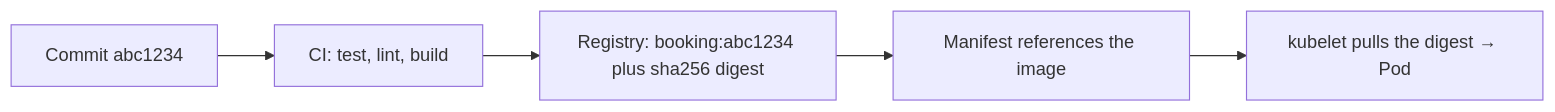
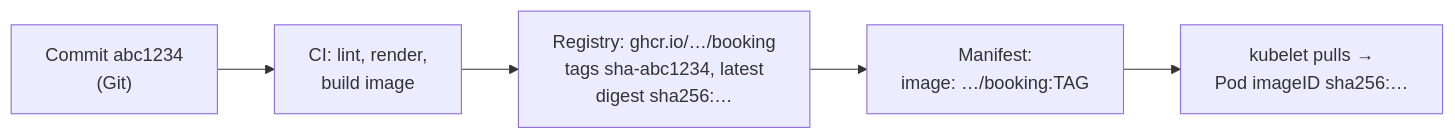
One commit to darshan-raul/apollo11-docs changed the diagram in docs/learn/delivery/ci-and-image-delivery.md. Above: the diagram before and after it, drawn with Mermaid. The commit also changed other lines of this file and 4 other files, not shown here.

````diff
--- a/docs/learn/delivery/ci-and-image-delivery.md
+++ b/docs/learn/delivery/ci-and-image-delivery.md
@@ -22,7 +42,7 @@
 ```mermaid
 flowchart LR
-  C[Commit abc1234] --> CI[CI: test, lint, build]
-  CI --> R[Registry: booking:abc1234 plus sha256 digest]
-  R --> M[Manifest references the image]
-  M --> K[kubelet pulls the digest → Pod]
+  C["Commit abc1234<br/>(Git)"] --> CI["CI: lint, render,<br/>build image"]
+  CI --> R["Registry: ghcr.io/…/booking<br/>tags sha-abc1234, latest<br/>digest sha256:…"]
+  R --> M["Manifest:<br/>image: …/booking:TAG"]
+  M --> K["kubelet pulls →<br/>Pod imageID sha256:…"]
 ```
````
